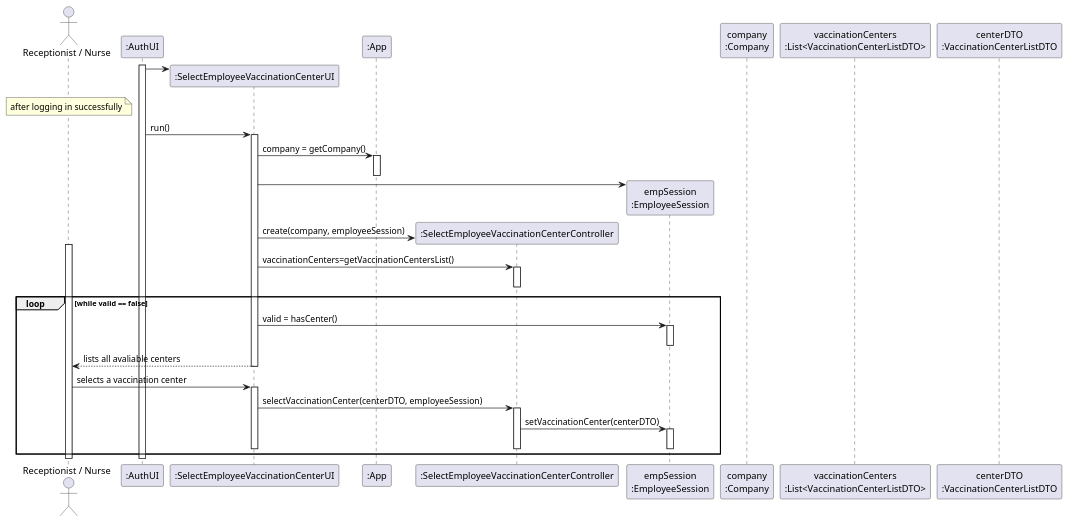
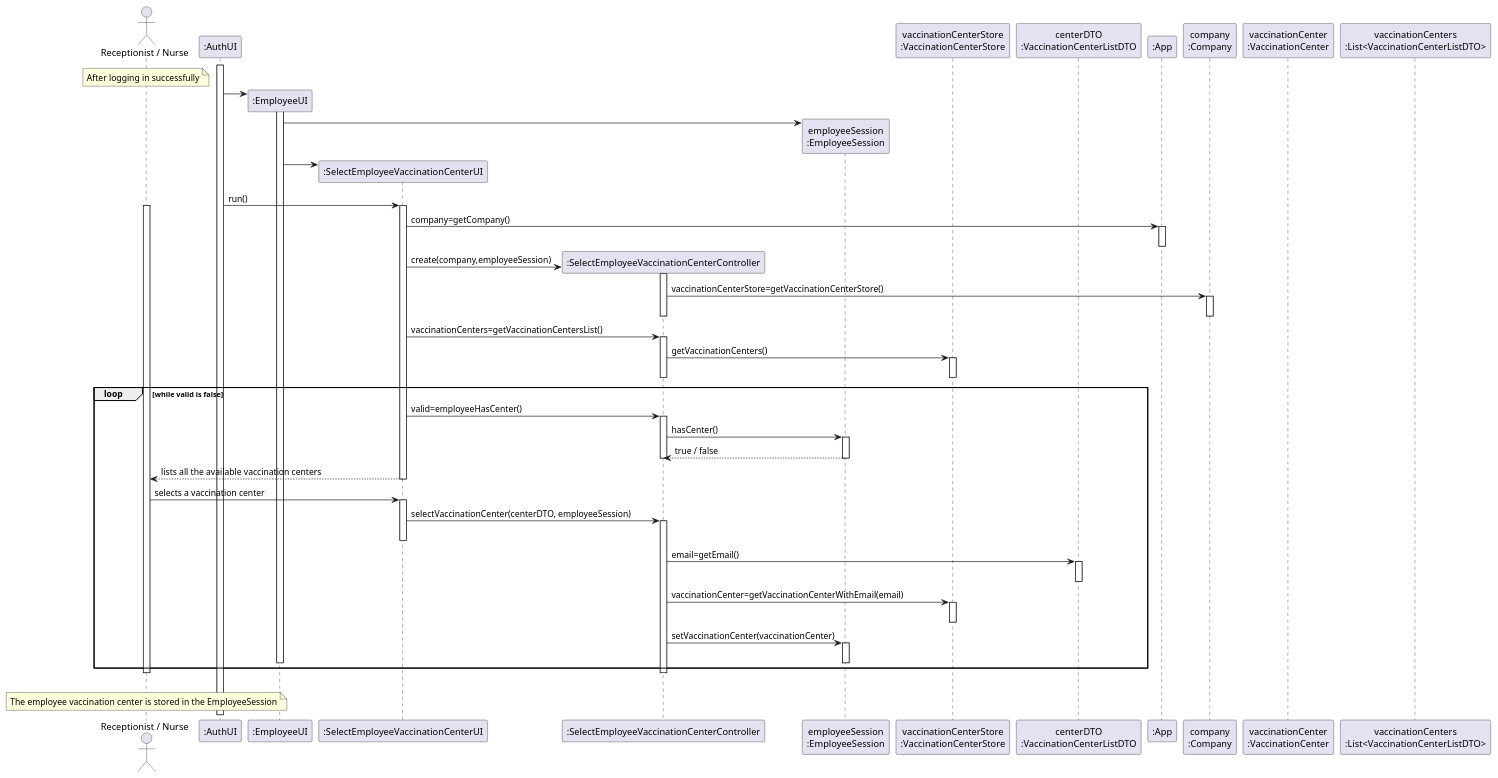
One commit to miseEnPlace-i/lapr2 changed the diagram in docs/SprintC/US04/SD/EmployeeLogin_SD.puml. Above: the diagram before and after it, drawn with PlantUML. The commit also changed 5 other files, not shown here.

Commit message:
fix: fixed select employee center SD

```diff
--- a/docs/SprintC/US04/SD/EmployeeLogin_SD.puml
+++ b/docs/SprintC/US04/SD/EmployeeLogin_SD.puml
@@ -1,64 +1,94 @@
 @startuml
+actor "Receptionist / Nurse" as NUR
 
-actor "Receptionist / Nurse" as EMP
+note over NUR
+ After logging in successfully
+end note
+
 participant ":AuthUI" as AUTHUI
-participant ":SelectEmployeeVaccinationCenterUI" as UI
-participant ":App" as APP
-participant ":SelectEmployeeVaccinationCenterController" as CTRL
-participant "empSession\n:EmployeeSession" as SESSION
-participant "company\n:Company" as COMP
-participant "vaccinationCenters\n:List<VaccinationCenterListDTO>"
-participant "centerDTO\n:VaccinationCenterListDTO"
 
 activate AUTHUI
-  AUTHUI -> UI**
+create ":EmployeeUI" as EUI
+AUTHUI -> EUI **
+create ":SelectEmployeeVaccinationCenterUI" as UI
+participant ":SelectEmployeeVaccinationCenterController" as CTRL
+participant "employeeSession\n:EmployeeSession" as SESSION
+participant "company\n:Company" as COMP
+participant "vaccinationCenterStore\n:VaccinationCenterStore" as VACCS
+participant "centerDTO\n:VaccinationCenterListDTO" as CDTO
+activate EUI
+EUI -> SESSION **
+EUI -> UI **
+AUTHUI -> UI : run()
+activate UI
+participant ":App" as APP
+activate NUR
 
-  note over EMP
-    after logging in successfully
-  end note
+UI -> APP : company=getCompany()
+activate APP
+deactivate APP
 
-  AUTHUI -> UI : run()
-  activate UI
-    UI -> APP : company = getCompany()
-    activate APP
-    deactivate APP
 
-    UI -> SESSION**
+UI -> CTRL ** : create(company,employeeSession)
+activate CTRL
+CTRL -> COMP : vaccinationCenterStore=getVaccinationCenterStore()
+activate COMP
+deactivate COMP
+deactivate CTRL
 
-    UI -> CTRL** : create(company, employeeSession)
+UI -> CTRL : vaccinationCenters=getVaccinationCentersList()
+activate CTRL
+CTRL -> VACCS : getVaccinationCenters()
+activate VACCS
+deactivate VACCS
 
-  activate EMP
+deactivate CTRL
 
-    UI -> CTRL : vaccinationCenters=getVaccinationCentersList()
-    activate CTRL
-    deactivate CTRL
+loop while valid is false
+UI -> CTRL : valid=employeeHasCenter()
+activate CTRL
+CTRL -> SESSION : hasCenter()
+activate SESSION
+SESSION --> CTRL : true / false
+deactivate CTRL
+deactivate SESSION
 
-loop while valid == false
+UI --> NUR : lists all the available vaccination centers
+deactivate UI
 
-    UI -> SESSION : valid = hasCenter()
-    activate SESSION
-    deactivate SESSION
+participant "company\n:Company" as COMP
 
-    EMP <-- UI : lists all avaliable centers
-  deactivate UI
+NUR -> UI : selects a vaccination center
+activate UI
+UI -> CTRL : selectVaccinationCenter(centerDTO, employeeSession)
+activate CTRL
+deactivate UI
+CTRL -> CDTO : email=getEmail()
+activate CDTO
+deactivate CDTO
+CTRL -> VACCS : vaccinationCenter=getVaccinationCenterWithEmail(email)
+activate VACCS
+deactivate VACCS
+CTRL -> SESSION : setVaccinationCenter(vaccinationCenter)
+activate SESSION
+deactivate SESSION
+deactivate EUI
 
-  EMP -> UI : selects a vaccination center
-  activate UI
 
-    UI -> CTRL : selectVaccinationCenter(centerDTO, employeeSession)
-    activate CTRL
+end loop
 
-      CTRL -> SESSION : setVaccinationCenter(centerDTO)
-      activate SESSION
-      deactivate SESSION
+deactivate CTRL
 
-    deactivate CTRL
+deactivate UI
 
-  deactivate UI
+deactivate NUR
 
-end
+participant "vaccinationCenter\n:VaccinationCenter" 
+participant "vaccinationCenters\n:List<VaccinationCenterListDTO>" 
 
-  deactivate EMP
-deactivate AUTHUI
+|||
 
+note over NUR
+  The employee vaccination center is stored in the EmployeeSession
+end note
 @enduml
```
